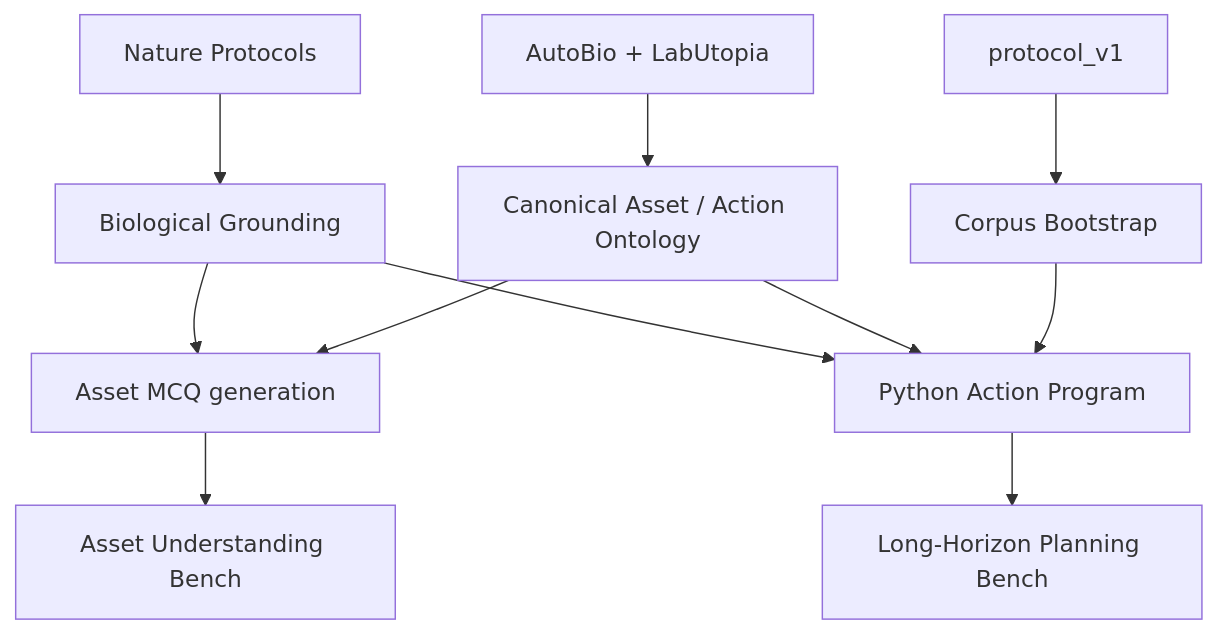
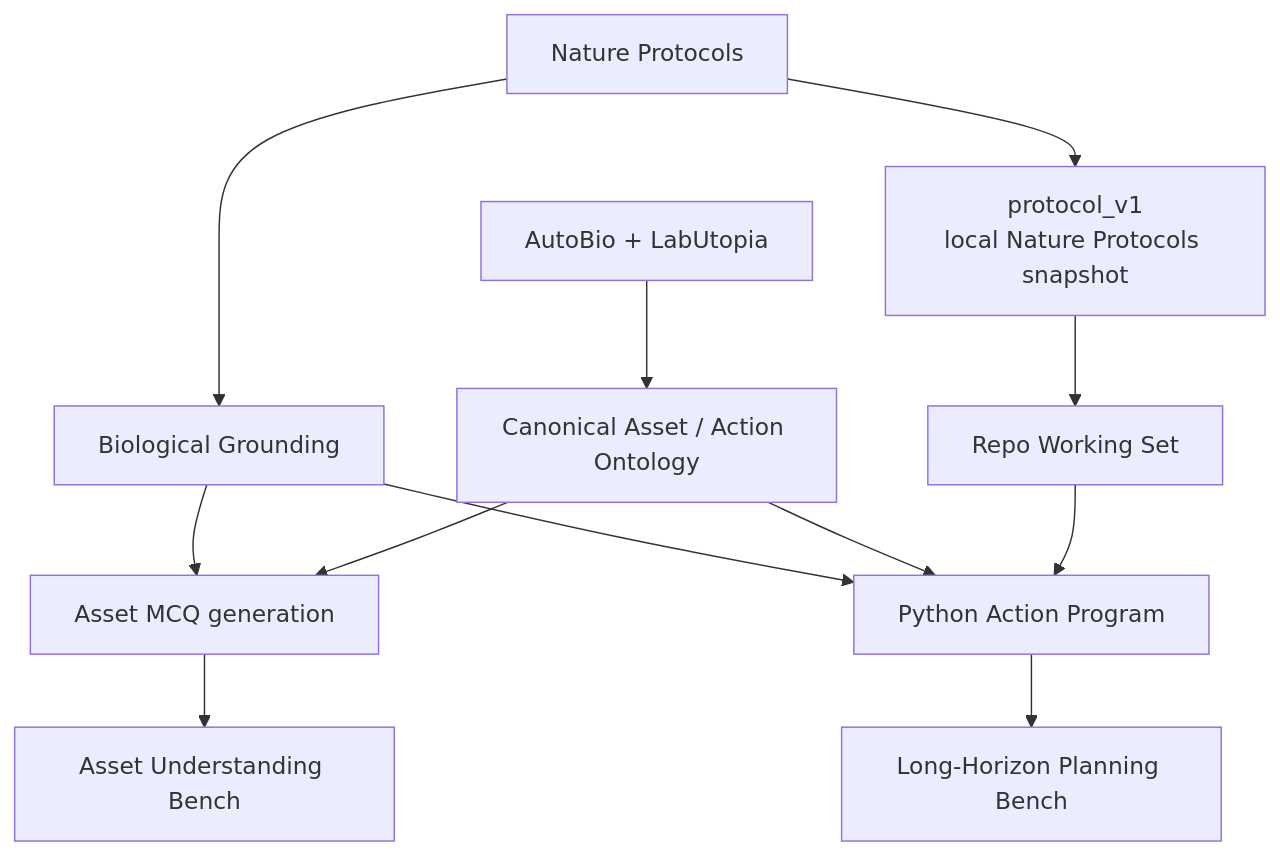
The second of 2 diagrams in README.md (black-yt/LabOS), drawn with Mermaid before and after one commit. The commit also changed other lines of this file and 1 other file, not shown here.

Commit message:
Align protocol_v1 wording with Nature Protocols

````diff
--- a/README.md
+++ b/README.md
@@ -496,13 +492,14 @@
 ```mermaid
 flowchart TD
     A[Nature Protocols] --> B[Biological Grounding]
     C[AutoBio + LabUtopia] --> D[Canonical Asset / Action Ontology]
-    E[protocol_v1] --> F[Corpus Bootstrap]
+    A --> E[protocol_v1<br/>local Nature Protocols snapshot]
+    E --> F[Repo Working Set]
     B --> G[Asset MCQ generation]
     D --> G
     B --> H[Python Action Program]
     D --> H
     F --> H
     G --> I[Asset Understanding Bench]
     H --> J[Long-Horizon Planning Bench]
 ```
````
